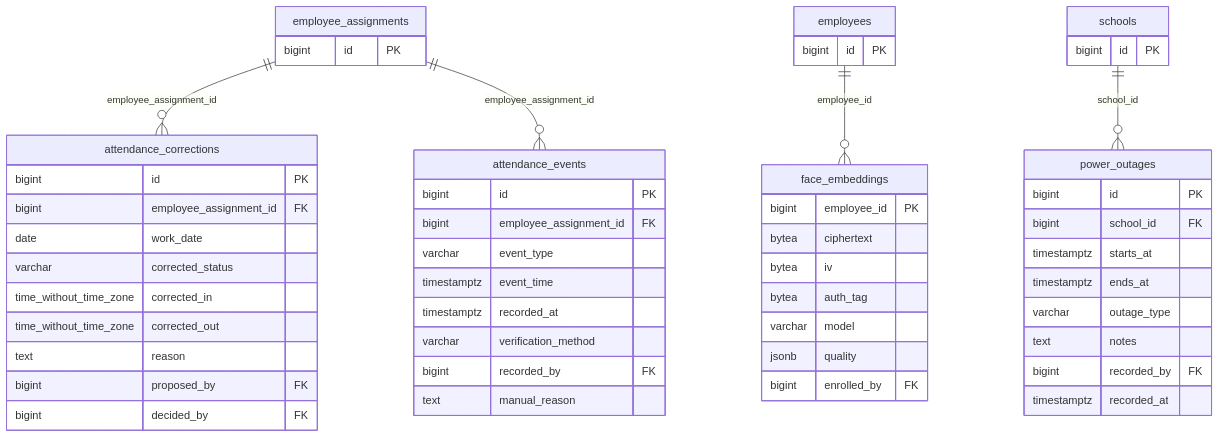
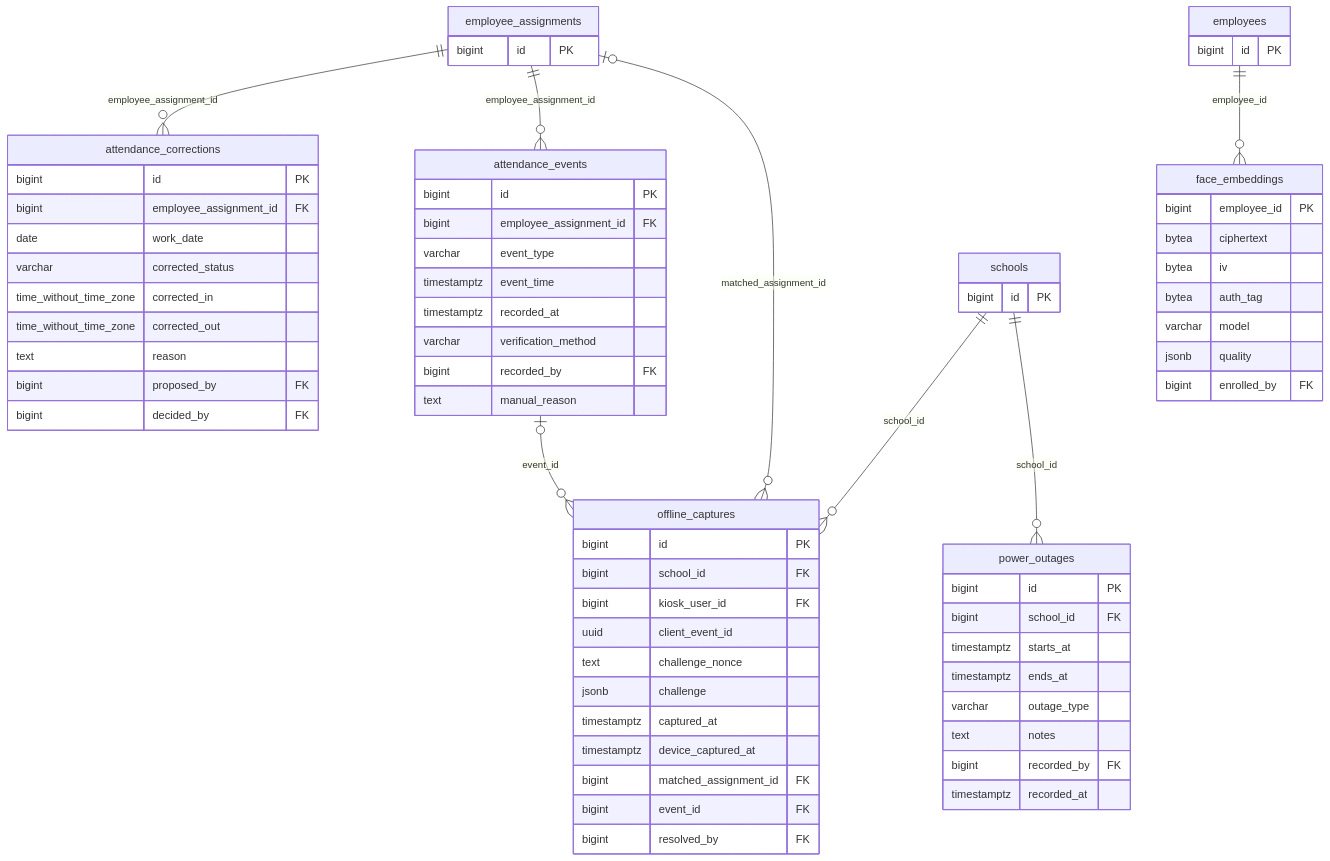
The diagram in docs/diagrams/src/erd_5_attendance.mmd (maroonnnn/school-management-system), drawn with Mermaid before and after one commit. The commit also changed 64 other files, not shown here.

Commit message:
Add offline attendance kiosk (PWA, encrypted queue, sync, review) and two-step liveness; update report and docs

```diff
--- a/docs/diagrams/src/erd_5_attendance.mmd
+++ b/docs/diagrams/src/erd_5_attendance.mmd
@@ -1,54 +1,70 @@
 erDiagram
   employee_assignments ||--o{ attendance_corrections : employee_assignment_id
   employee_assignments ||--o{ attendance_events : employee_assignment_id
   employees ||--o{ face_embeddings : employee_id
+  attendance_events |o--o{ offline_captures : event_id
+  employee_assignments |o--o{ offline_captures : matched_assignment_id
+  schools ||--o{ offline_captures : school_id
   schools ||--o{ power_outages : school_id
   attendance_events {
     bigint id PK
     bigint employee_assignment_id FK
     varchar event_type
     timestamptz event_time
     timestamptz recorded_at
     varchar verification_method
     bigint recorded_by FK
     text manual_reason
   }
   face_embeddings {
     bigint employee_id PK
     bytea ciphertext
     bytea iv
     bytea auth_tag
     varchar model
     jsonb quality
     bigint enrolled_by FK
   }
   attendance_corrections {
     bigint id PK
     bigint employee_assignment_id FK
     date work_date
     varchar corrected_status
     time_without_time_zone corrected_in
     time_without_time_zone corrected_out
     text reason
     bigint proposed_by FK
     bigint decided_by FK
   }
   power_outages {
     bigint id PK
     bigint school_id FK
     timestamptz starts_at
     timestamptz ends_at
     varchar outage_type
     text notes
     bigint recorded_by FK
     timestamptz recorded_at
   }
+  offline_captures {
+    bigint id PK
+    bigint school_id FK
+    bigint kiosk_user_id FK
+    uuid client_event_id
+    text challenge_nonce
+    jsonb challenge
+    timestamptz captured_at
+    timestamptz device_captured_at
+    bigint matched_assignment_id FK
+    bigint event_id FK
+    bigint resolved_by FK
+  }
   employee_assignments {
     bigint id PK
   }
   employees {
     bigint id PK
   }
   schools {
     bigint id PK
   }
```
